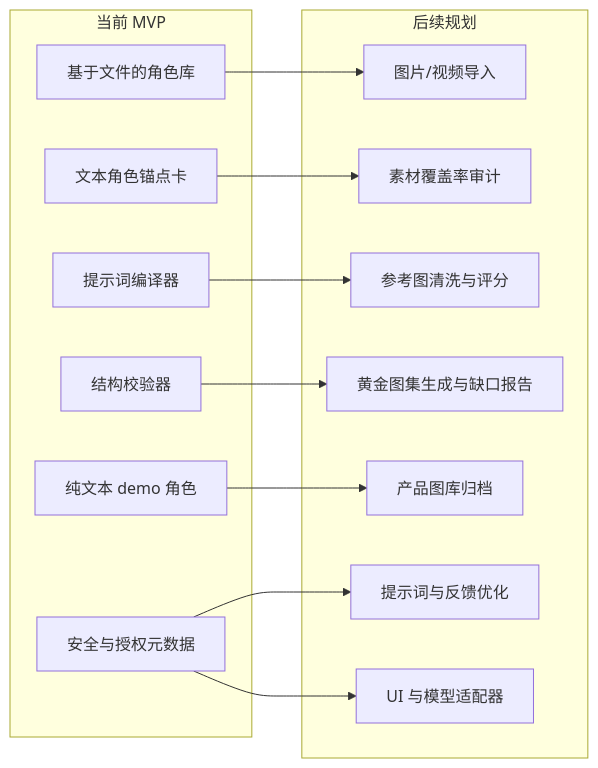
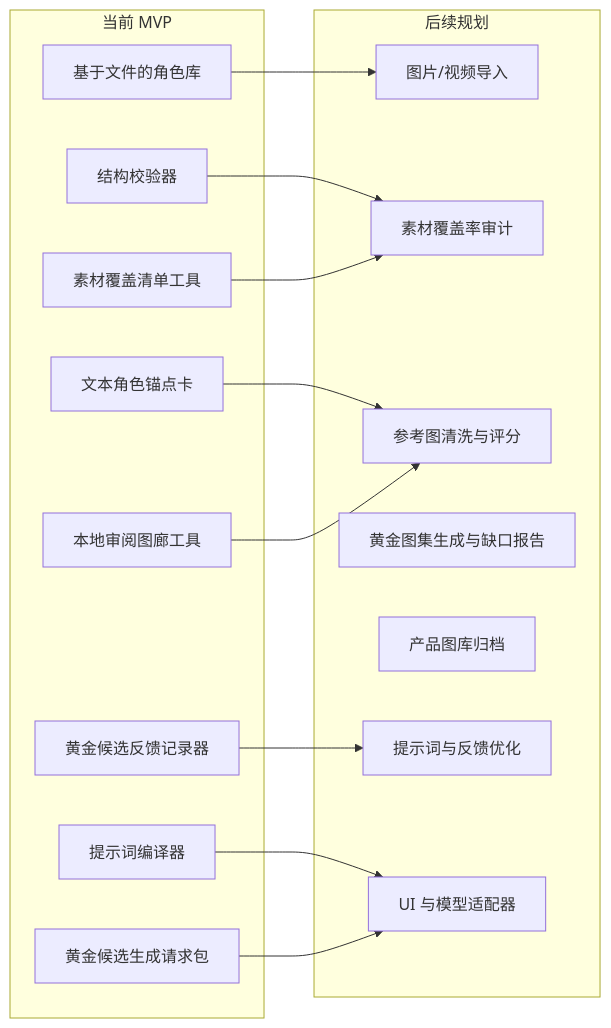
Before and after one commit to xiaoweihu339-afk/character-anchor-skill: the diagram in README.zh-CN.md, drawn with Mermaid. The commit also changed other lines of this file and 23 other files, not shown here.

````diff
--- a/README.zh-CN.md
+++ b/README.zh-CN.md
@@ -44,29 +60,32 @@
 ```mermaid
 flowchart LR
   subgraph MVP["当前 MVP"]
     A["基于文件的角色库"]
     B["文本角色锚点卡"]
     C["提示词编译器"]
     D["结构校验器"]
-    E["纯文本 demo 角色"]
-    F["安全与授权元数据"]
+    E["素材覆盖清单工具"]
+    F["本地审阅图廊工具"]
+    N["黄金候选生成请求包"]
+    O["黄金候选反馈记录器"]
   end
 
   subgraph Planned["后续规划"]
     G["图片/视频导入"]
     H["素材覆盖率审计"]
     I["参考图清洗与评分"]
     J["黄金图集生成与缺口报告"]
     K["产品图库归档"]
     L["提示词与反馈优化"]
     M["UI 与模型适配器"]
   end
 
   A --> G
-  B --> H
-  C --> I
-  D --> J
-  E --> K
-  F --> L
-  F --> M
+  B --> I
+  C --> M
+  D --> H
+  E --> H
+  F --> I
+  N --> M
+  O --> L
 ```
````
